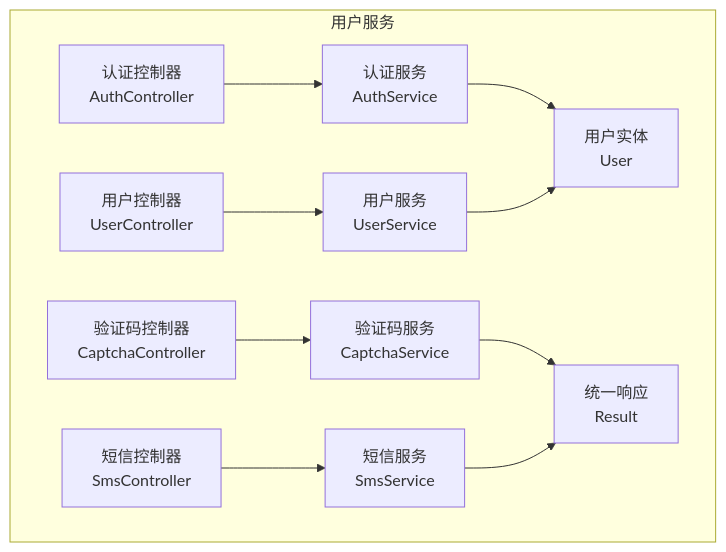
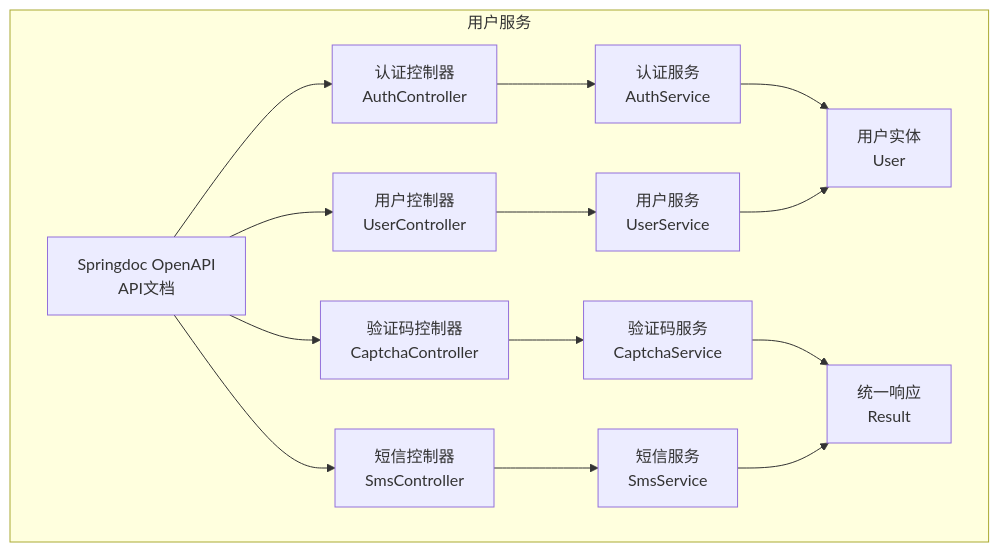
One commit to haohailiang/qoder-fullstack changed the first of 4 diagrams in .qoder/repowiki/zh/content/API接口文档/用户服务API.md. Above: the diagram before and after it, drawn with Mermaid. The commit also changed other lines of this file and 44 other files, not shown here.

````diff
--- a/.qoder/repowiki/zh/content/API接口文档/用户服务API.md
+++ b/.qoder/repowiki/zh/content/API接口文档/用户服务API.md
@@ -44,23 +61,28 @@
 ```mermaid
 graph TB
 subgraph "用户服务"
 AC["认证控制器<br/>AuthController"]
 UC["用户控制器<br/>UserController"]
 CC["验证码控制器<br/>CaptchaController"]
 SC["短信控制器<br/>SmsController"]
 AS["认证服务<br/>AuthService"]
 US["用户服务<br/>UserService"]
 CS["验证码服务<br/>CaptchaService"]
 SS["短信服务<br/>SmsService"]
 U["用户实体<br/>User"]
 R["统一响应<br/>Result"]
+SD["Springdoc OpenAPI<br/>API文档"]
 end
 AC --> AS
 UC --> US
 CC --> CS
 SC --> SS
 AS --> U
 US --> U
 CS --> R
 SS --> R
+SD --> AC
+SD --> UC
+SD --> CC
+SD --> SC
 ```
````
